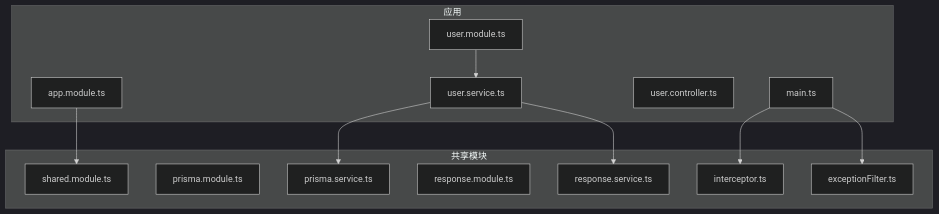
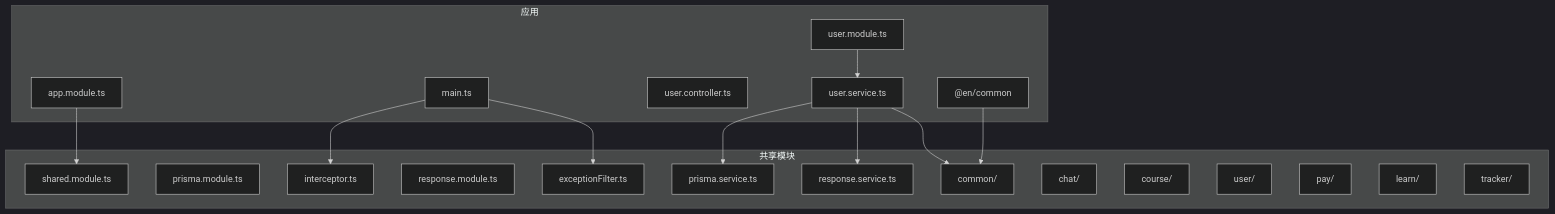
The first of 8 diagrams in .qoder/repowiki/zh/content/后端开发/共享模块设计/共享模块设计.md (LihaoZDB/English-Study), drawn with Mermaid (dark theme) before and after one commit. The commit also changed other lines of this file and 9 other files, not shown here.

````diff
--- a/.qoder/repowiki/zh/content/后端开发/共享模块设计/共享模块设计.md
+++ b/.qoder/repowiki/zh/content/后端开发/共享模块设计/共享模块设计.md
@@ -54,25 +65,35 @@
 ```mermaid
 graph TB
 subgraph "共享模块"
 SM["shared.module.ts"]
 PS["prisma.module.ts"]
 PR["prisma.service.ts"]
 RS["response.module.ts"]
 RSP["response.service.ts"]
 INT["interceptor.ts"]
 FIL["exceptionFilter.ts"]
+CMN["common/"]
+CHAT["chat/"]
+COURSE["course/"]
+USER["user/"]
+PAY["pay/"]
+LEARN["learn/"]
+TRACKER["tracker/"]
 end
 subgraph "应用"
 AM["app.module.ts"]
 MAIN["main.ts"]
 UM["user.module.ts"]
 UC["user.controller.ts"]
 US["user.service.ts"]
+ENCOMMON["@en/common"]
 end
 AM --> SM
 UM --> US
 US --> PR
 US --> RSP
+US --> CMN
 MAIN --> INT
 MAIN --> FIL
+ENCOMMON --> CMN
 ```
````
